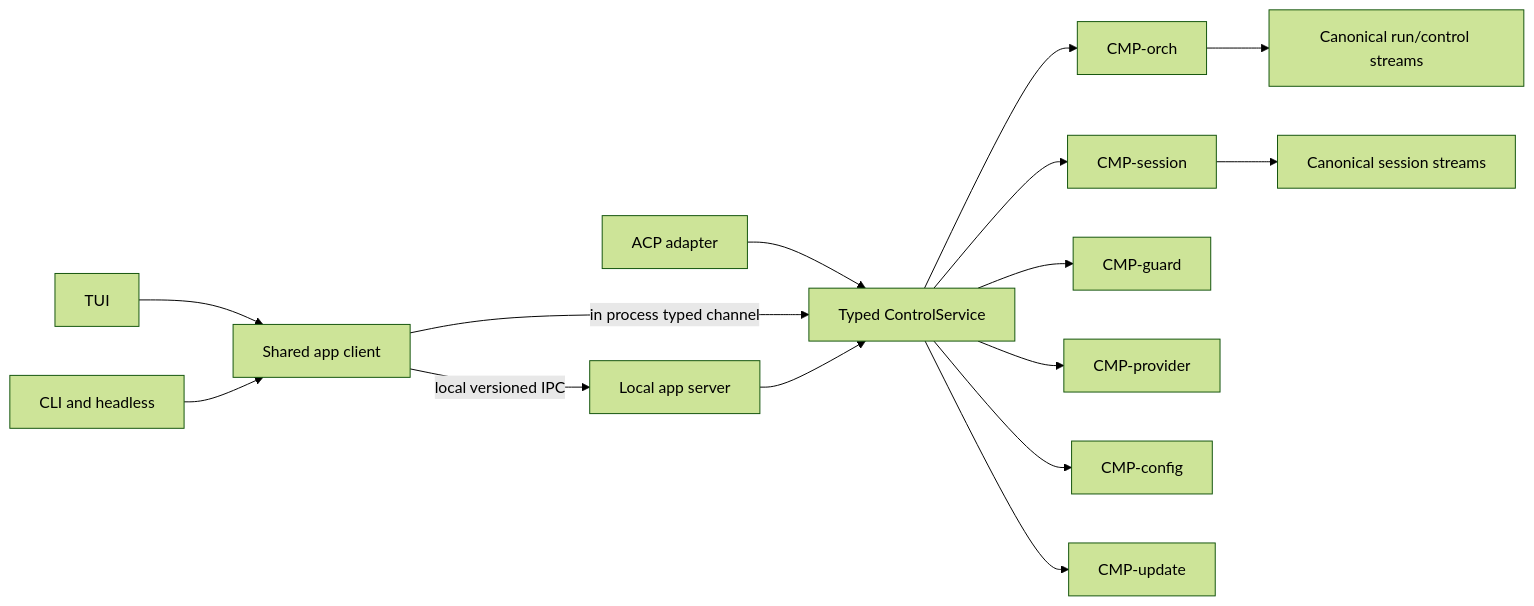
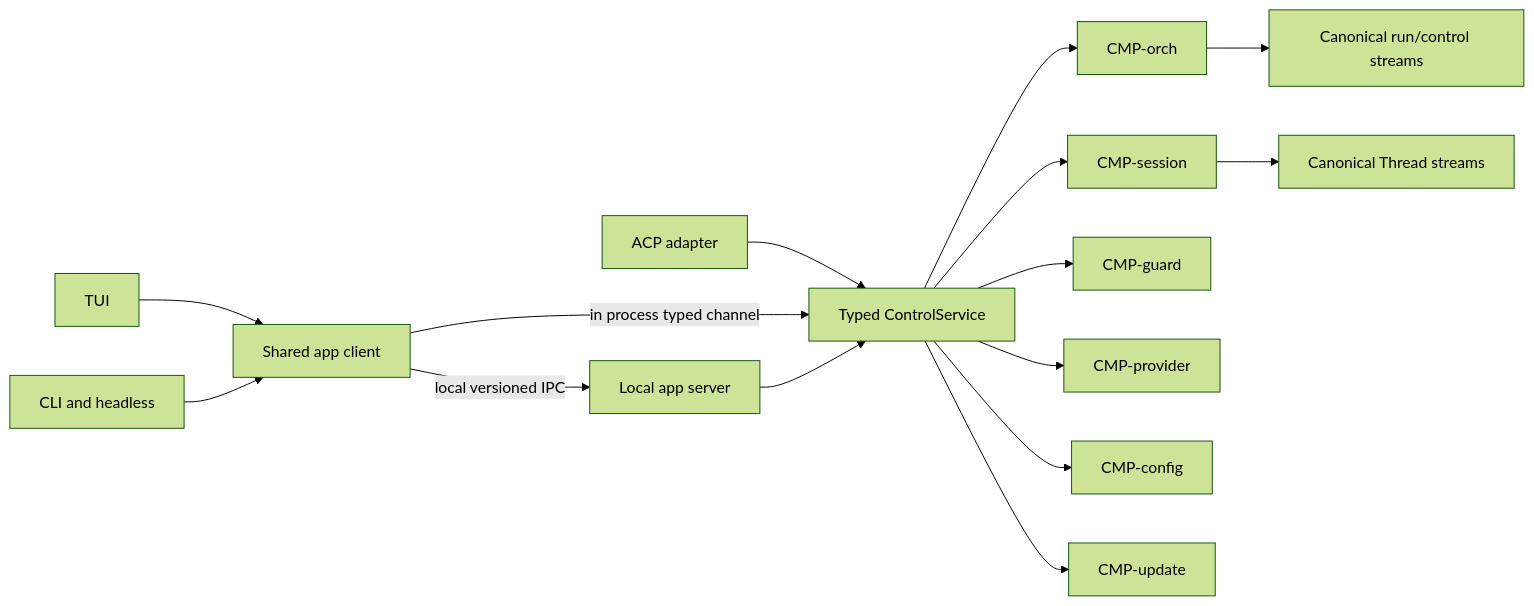
Before and after one commit to sarv-projects/horizoncode: the diagram in ARCH/31-CONTROL-API-APP-SERVER.md, drawn with Mermaid (forest theme). The commit also changed other lines of this file and 58 other files, not shown here.

````diff
--- a/ARCH/31-CONTROL-API-APP-SERVER.md
+++ b/ARCH/31-CONTROL-API-APP-SERVER.md
@@ -21,17 +21,17 @@
 ```mermaid
 flowchart LR
   TUI[TUI] --> C[Shared app client]
   CLI[CLI and headless] --> C
   ACP[ACP adapter] --> S[Typed ControlService]
   C -->|in process typed channel| S
   C -->|local versioned IPC| AS[Local app server]
   AS --> S
   S --> O[CMP-orch]
   S --> SS[CMP-session]
   S --> G[CMP-guard]
   S --> P[CMP-provider]
   S --> CFG[CMP-config]
   S --> U[CMP-update]
   O --> R[Canonical run/control streams]
-  SS --> H[Canonical session streams]
+  SS --> H[Canonical Thread streams]
 ```
````
